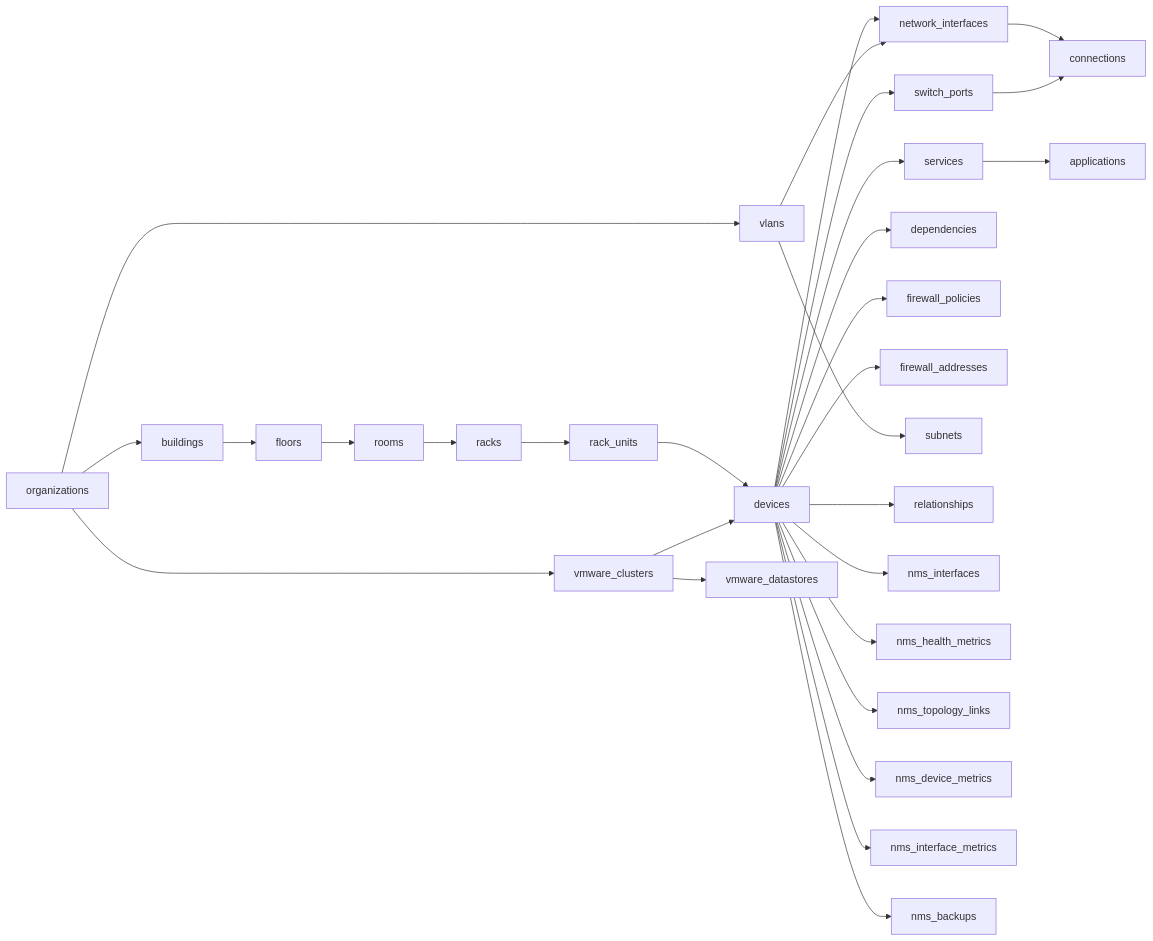
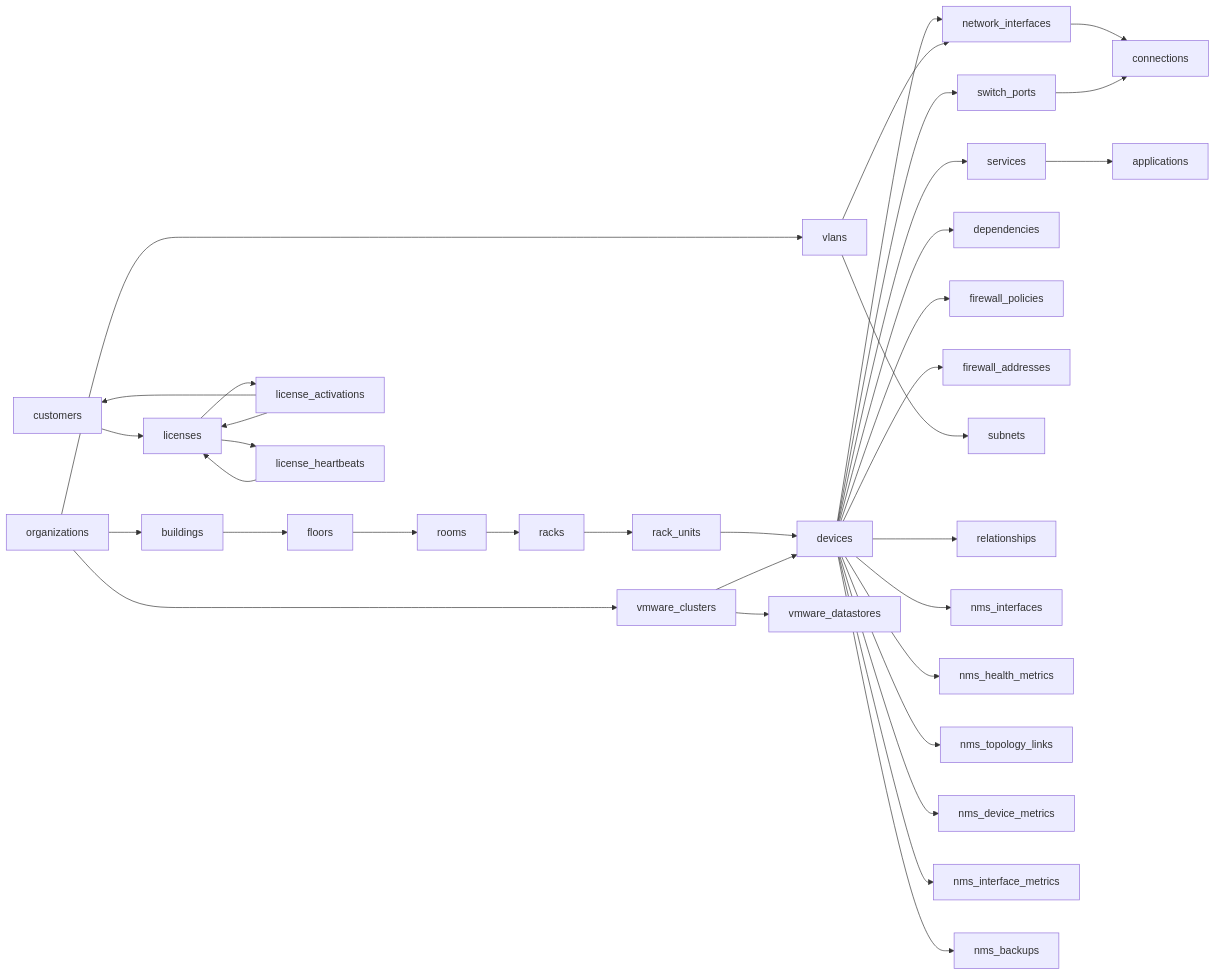
The eighth of 8 diagrams in .qoder/repowiki/en/content/Database Schema & Models/Database Schema & Models.md (celebigilfatih/infrascope), drawn with Mermaid before and after one commit. The commit also changed other lines of this file and 12 other files, not shown here.

````diff
--- a/.qoder/repowiki/en/content/Database Schema & Models/Database Schema & Models.md
+++ b/.qoder/repowiki/en/content/Database Schema & Models/Database Schema & Models.md
@@ -447,31 +675,37 @@
 ```mermaid
 graph LR
 ORG["organizations"] --> BLD["buildings"]
 BLD --> FLR["floors"]
 FLR --> RM["rooms"]
 RM --> RCK["racks"]
 RCK --> RU["rack_units"]
 RU --> DEV["devices"]
 DEV --> NI["network_interfaces"]
 DEV --> SP["switch_ports"]
 DEV --> SVC["services"]
 DEV --> DEP["dependencies"]
 NI --> CONN["connections"]
 SP --> CONN
 SVC --> APP["applications"]
 DEV --> FW_P["firewall_policies"]
 DEV --> FW_A["firewall_addresses"]
 ORG --> VLAN["vlans"]
 VLAN --> SUB["subnets"]
 VLAN --> NI
 ORG --> VMC["vmware_clusters"]
 VMC --> DEV
 VMC --> VMD["vmware_datastores"]
 DEV --> REL["relationships"]
 DEV --> NMS_INT["nms_interfaces"]
 DEV --> NMS_HM["nms_health_metrics"]
 DEV --> NMS_TL["nms_topology_links"]
 DEV --> NMS_DM["nms_device_metrics"]
 DEV --> NMS_IM["nms_interface_metrics"]
 DEV --> NMS_BK["nms_backups"]
+CUST["customers"] --> LIC["licenses"]
+LIC --> LACT["license_activations"]
+LIC --> LHB["license_heartbeats"]
+LACT --> CUST
+LACT --> LIC
+LHB --> LIC
 ```
````
